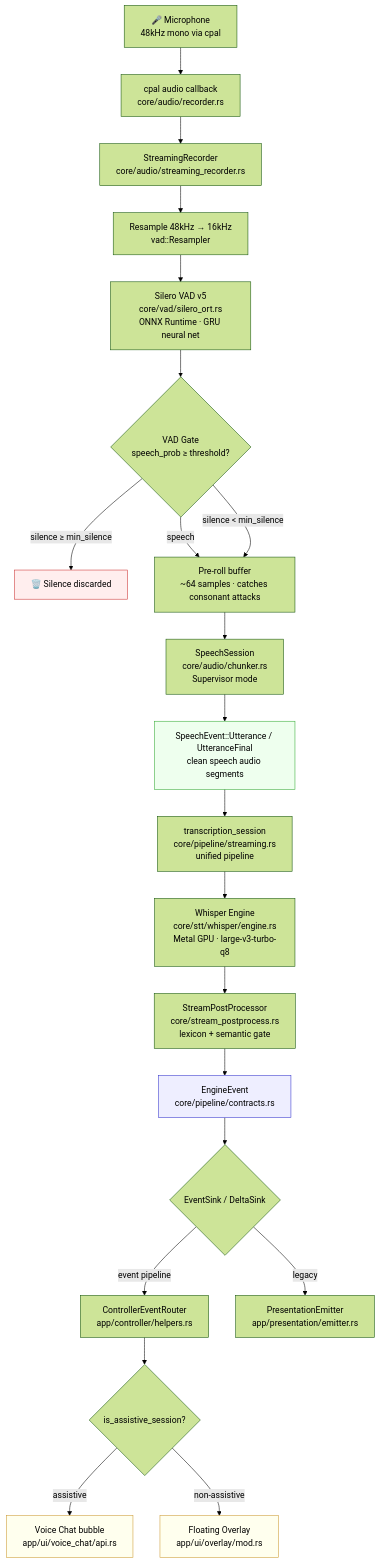
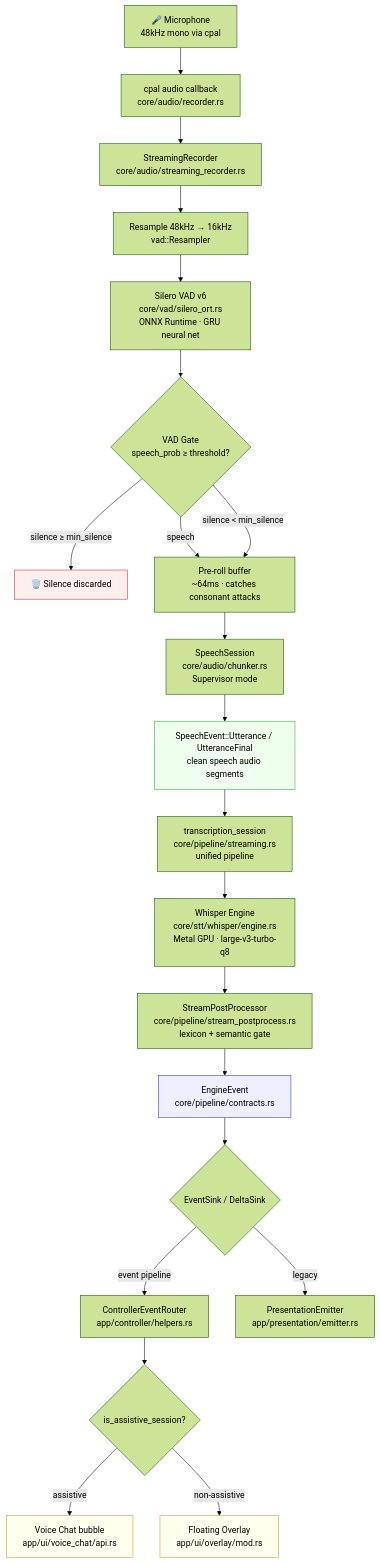
One commit to vetcoders/CodeScribe changed the diagram in docs/OVERLAY_STREAMING.md. Above: the diagram before and after it, drawn with Mermaid (forest theme). The commit also changed other lines of this file and 6 other files, not shown here.

````diff
--- a/docs/OVERLAY_STREAMING.md
+++ b/docs/OVERLAY_STREAMING.md
@@ -9,50 +9,50 @@
 ```mermaid
 flowchart TD
     MIC[🎤 Microphone\n48kHz mono via cpal]
     CPAL[cpal audio callback\ncore/audio/recorder.rs]
     SR[StreamingRecorder\ncore/audio/streaming_recorder.rs]
     RESAMPLE[Resample 48kHz → 16kHz\nvad::Resampler]
-    VAD[Silero VAD v5\ncore/vad/silero_ort.rs\nONNX Runtime · GRU neural net]
+    VAD[Silero VAD v6\ncore/vad/silero_ort.rs\nONNX Runtime · GRU neural net]
     GATE{VAD Gate\nspeech_prob ≥ threshold?}
     DROP[🗑️ Silence discarded]
-    PREROLL[Pre-roll buffer\n~64 samples · catches consonant attacks]
+    PREROLL[Pre-roll buffer\n~64ms · catches consonant attacks]
     SPEECH[SpeechSession\ncore/audio/chunker.rs\nSupervisor mode]
     CHUNK[SpeechEvent::Utterance / UtteranceFinal\nclean speech audio segments]
     WORKER[transcription_session\ncore/pipeline/streaming.rs\nunified pipeline]
     WHISPER[Whisper Engine\ncore/stt/whisper/engine.rs\nMetal GPU · large-v3-turbo-q8]
-    POSTPROC[StreamPostProcessor\ncore/stream_postprocess.rs\nlexicon + semantic gate]
+    POSTPROC[StreamPostProcessor\ncore/pipeline/stream_postprocess.rs\nlexicon + semantic gate]
     EVENT[EngineEvent\ncore/pipeline/contracts.rs]
     SINK{EventSink / DeltaSink}
     ROUTER[ControllerEventRouter\napp/controller/helpers.rs]
     EMITTER[PresentationEmitter\napp/presentation/emitter.rs]
     CHECK{is_assistive_session?}
     ASSIST[Voice Chat bubble\napp/ui/voice_chat/api.rs]
     OVERLAY[Floating Overlay\napp/ui/overlay/mod.rs]
 
     MIC --> CPAL
     CPAL --> SR
     SR --> RESAMPLE
     RESAMPLE --> VAD
     VAD --> GATE
     GATE -->|speech| PREROLL
     GATE -->|silence < min_silence| PREROLL
     GATE -->|silence ≥ min_silence| DROP
     PREROLL --> SPEECH
     SPEECH --> CHUNK
     CHUNK --> WORKER
     WORKER --> WHISPER
     WHISPER --> POSTPROC
     POSTPROC --> EVENT
     EVENT --> SINK
     SINK -->|event pipeline| ROUTER
     SINK -->|legacy| EMITTER
     ROUTER --> CHECK
     CHECK -->|assistive| ASSIST
     CHECK -->|non-assistive| OVERLAY
 
     style DROP fill:#fee,stroke:#c33
     style CHUNK fill:#efe,stroke:#3a3
     style EVENT fill:#eef,stroke:#33c
     style OVERLAY fill:#ffe,stroke:#c93
     style ASSIST fill:#ffe,stroke:#c93
 ```
````
